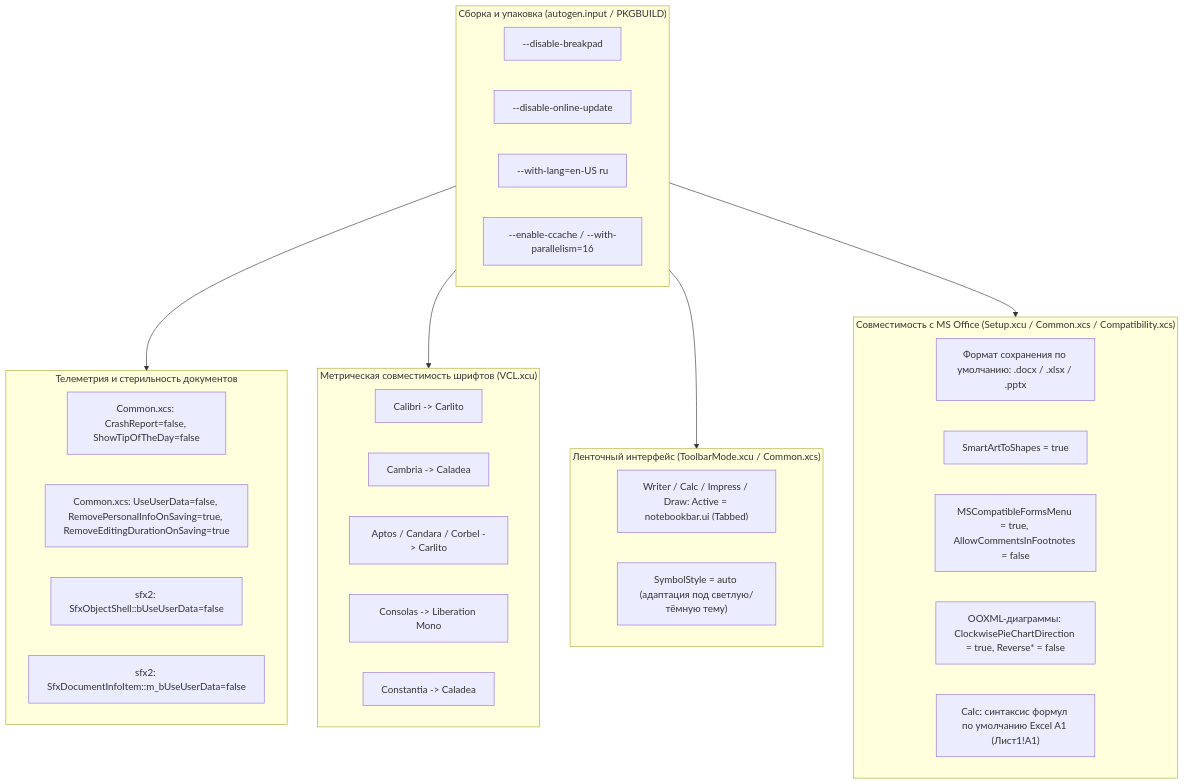
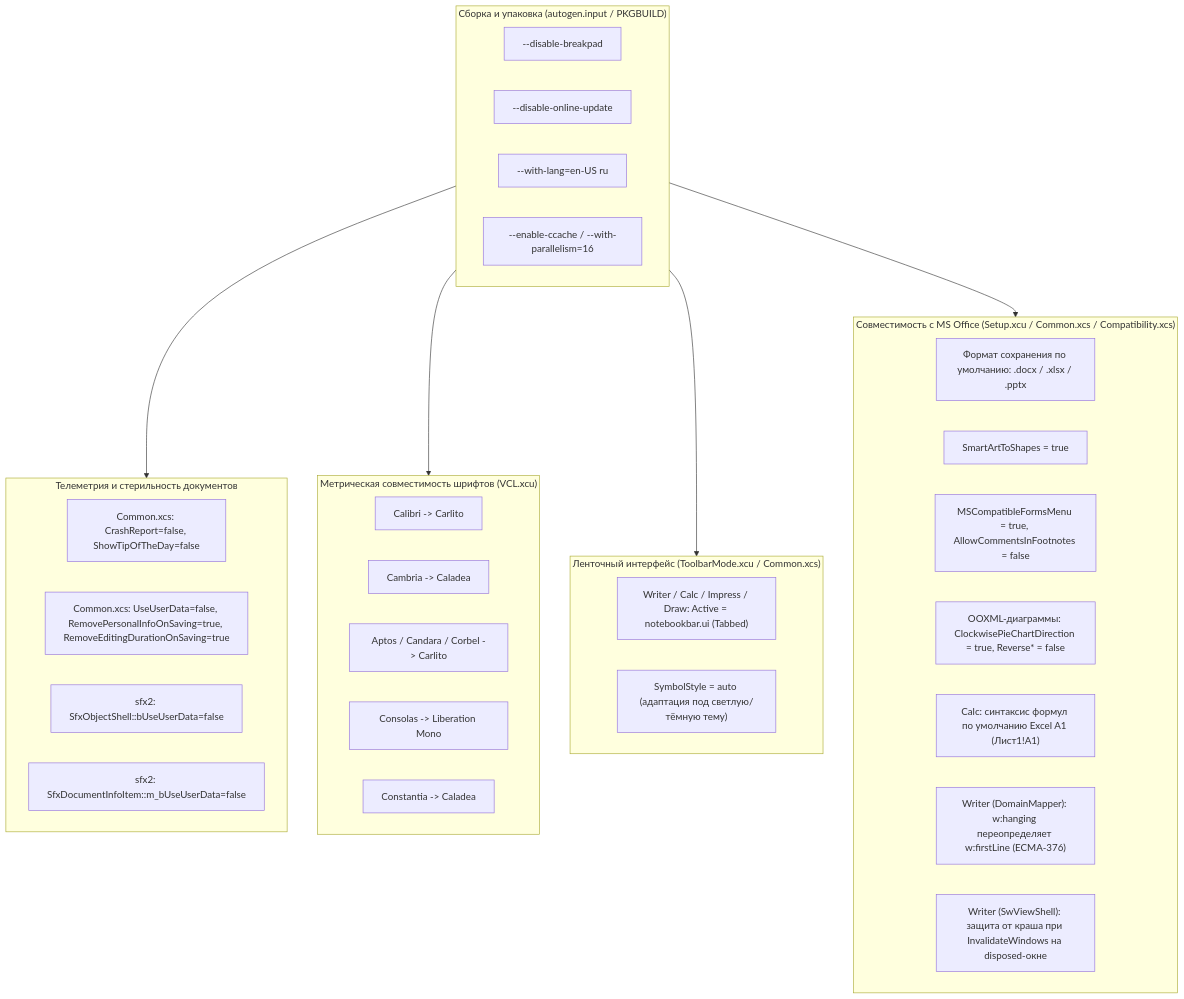
Before and after one commit to Utkautka1/libreoffice-mscompat_-fork-: the diagram in docs/UML.md, drawn with Mermaid. The commit also changed 5 other files, not shown here.

Commit message:
fix(sw): ECMA-376 hanging indent priority and InvalidateWindows guard

````diff
--- a/docs/UML.md
+++ b/docs/UML.md
@@ -5,42 +5,44 @@
 ```mermaid
 flowchart TD
     subgraph Build["Сборка и упаковка (autogen.input / PKGBUILD)"]
         A1["--disable-breakpad"]
         A2["--disable-online-update"]
         A3["--with-lang=en-US ru"]
         A4["--enable-ccache / --with-parallelism=16"]
     end
 
     subgraph Privacy["Телеметрия и стерильность документов"]
         P1["Common.xcs: CrashReport=false, ShowTipOfTheDay=false"]
         P2["Common.xcs: UseUserData=false, RemovePersonalInfoOnSaving=true, RemoveEditingDurationOnSaving=true"]
         P3["sfx2: SfxObjectShell::bUseUserData=false"]
         P4["sfx2: SfxDocumentInfoItem::m_bUseUserData=false"]
     end
 
     subgraph Fonts["Метрическая совместимость шрифтов (VCL.xcu)"]
         F1["Calibri -> Carlito"]
         F2["Cambria -> Caladea"]
         F3["Aptos / Candara / Corbel -> Carlito"]
         F4["Consolas -> Liberation Mono"]
         F5["Constantia -> Caladea"]
     end
 
     subgraph UI["Ленточный интерфейс (ToolbarMode.xcu / Common.xcs)"]
         U1["Writer / Calc / Impress / Draw: Active = notebookbar.ui (Tabbed)"]
         U2["SymbolStyle = auto (адаптация под светлую/тёмную тему)"]
     end
 
     subgraph MSCompat["Совместимость с MS Office (Setup.xcu / Common.xcs / Compatibility.xcs)"]
         M1["Формат сохранения по умолчанию: .docx / .xlsx / .pptx"]
         M2["SmartArtToShapes = true"]
         M3["MSCompatibleFormsMenu = true, AllowCommentsInFootnotes = false"]
         M4["OOXML-диаграммы: ClockwisePieChartDirection = true, Reverse* = false"]
         M5["Calc: синтаксис формул по умолчанию Excel A1 (Лист1!A1)"]
+        M6["Writer (DomainMapper): w:hanging переопределяет w:firstLine (ECMA-376)"]
+        M7["Writer (SwViewShell): защита от краша при InvalidateWindows на disposed-окне"]
     end
 
     Build --> Privacy
     Build --> Fonts
     Build --> UI
     Build --> MSCompat
 ```
````
